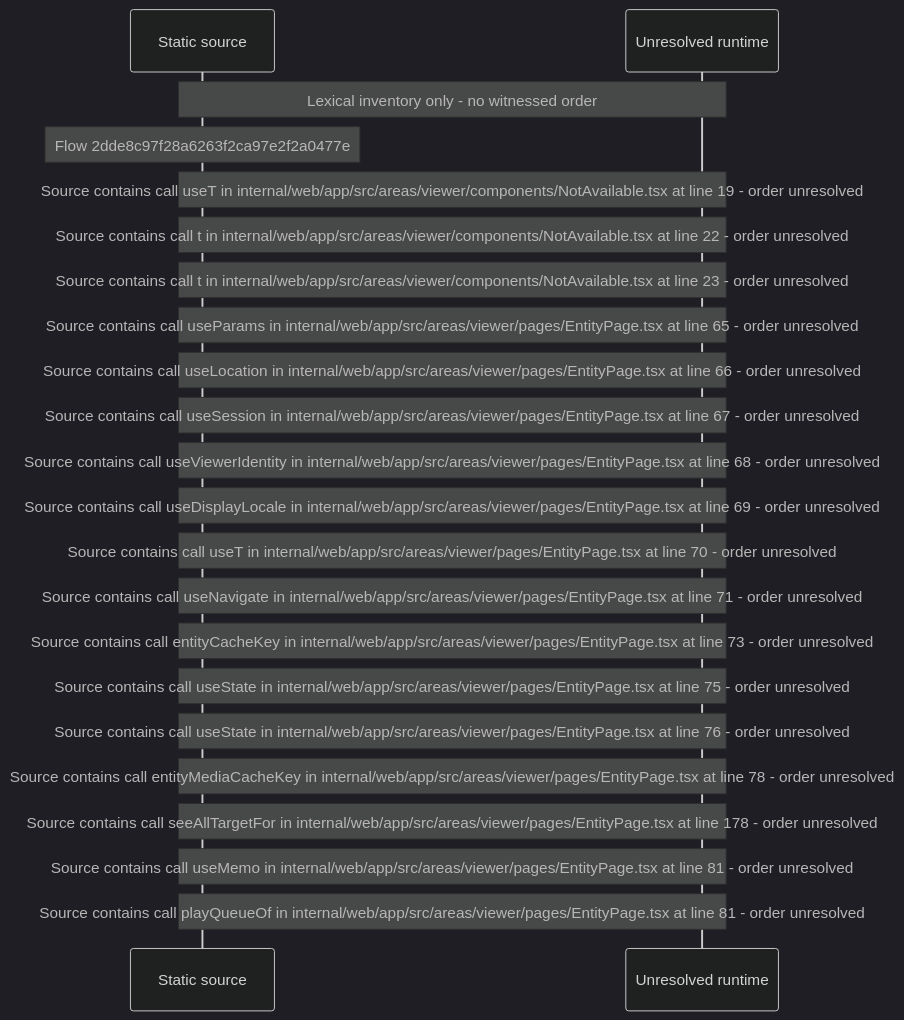
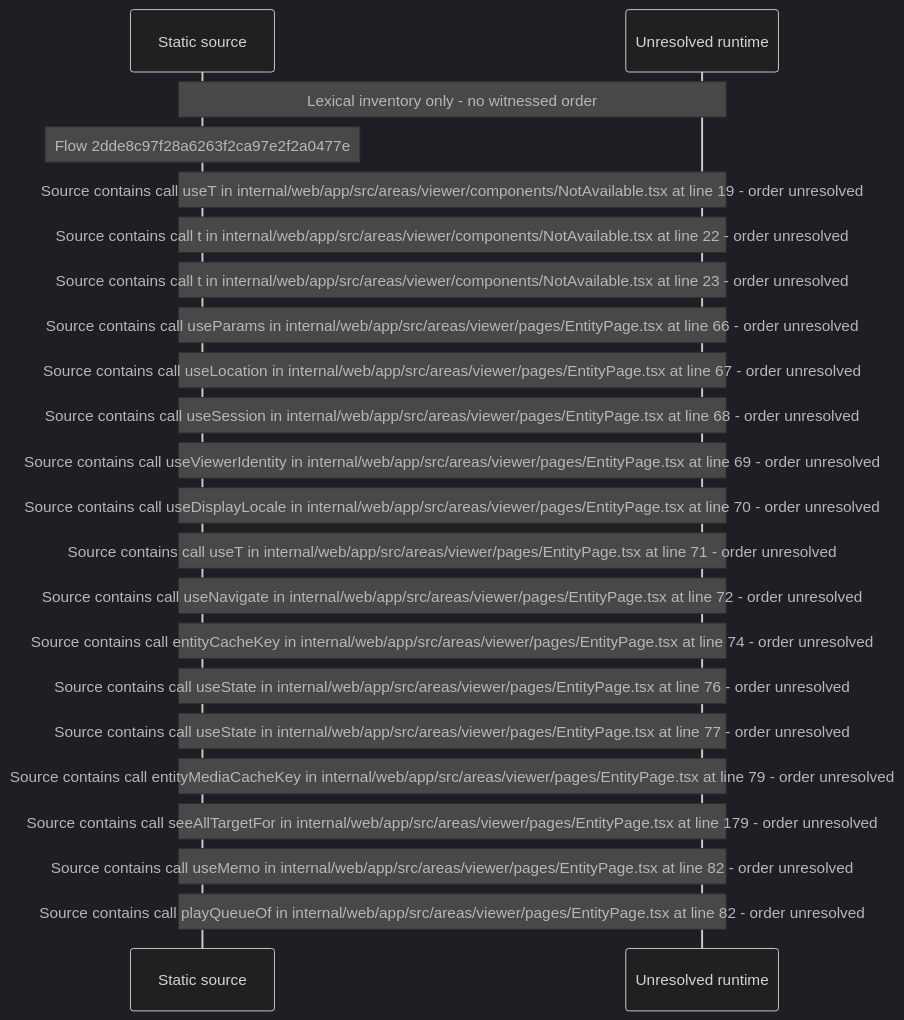
One commit to beamfall/core changed the diagram in docs/web/flows/generated/2dde8c97f28a6263f2ca97e2f2a0477e/flow-diagram.md. Above: the diagram before and after it, drawn with Mermaid (dark theme). The commit also changed other lines of this file and 714 other files, not shown here.

Commit message:
Regenerate the web flow record after the second main merge (CORE-1762)

````diff
--- a/docs/web/flows/generated/2dde8c97f28a6263f2ca97e2f2a0477e/flow-diagram.md
+++ b/docs/web/flows/generated/2dde8c97f28a6263f2ca97e2f2a0477e/flow-diagram.md
@@ -10,24 +10,24 @@
 ```mermaid
 sequenceDiagram
     participant S as Static source
     participant U as Unresolved runtime
     Note over S,U: Lexical inventory only - no witnessed order
     Note over S: Flow 2dde8c97f28a6263f2ca97e2f2a0477e
     Note over S,U: Source contains call useT in internal/web/app/src/areas/viewer/components/NotAvailable.tsx at line 19 - order unresolved
     Note over S,U: Source contains call t in internal/web/app/src/areas/viewer/components/NotAvailable.tsx at line 22 - order unresolved
     Note over S,U: Source contains call t in internal/web/app/src/areas/viewer/components/NotAvailable.tsx at line 23 - order unresolved
-    Note over S,U: Source contains call useParams in internal/web/app/src/areas/viewer/pages/EntityPage.tsx at line 65 - order unresolved
-    Note over S,U: Source contains call useLocation in internal/web/app/src/areas/viewer/pages/EntityPage.tsx at line 66 - order unresolved
-    Note over S,U: Source contains call useSession in internal/web/app/src/areas/viewer/pages/EntityPage.tsx at line 67 - order unresolved
-    Note over S,U: Source contains call useViewerIdentity in internal/web/app/src/areas/viewer/pages/EntityPage.tsx at line 68 - order unresolved
-    Note over S,U: Source contains call useDisplayLocale in internal/web/app/src/areas/viewer/pages/EntityPage.tsx at line 69 - order unresolved
-    Note over S,U: Source contains call useT in internal/web/app/src/areas/viewer/pages/EntityPage.tsx at line 70 - order unresolved
-    Note over S,U: Source contains call useNavigate in internal/web/app/src/areas/viewer/pages/EntityPage.tsx at line 71 - order unresolved
-    Note over S,U: Source contains call entityCacheKey in internal/web/app/src/areas/viewer/pages/EntityPage.tsx at line 73 - order unresolved
-    Note over S,U: Source contains call useState in internal/web/app/src/areas/viewer/pages/EntityPage.tsx at line 75 - order unresolved
+    Note over S,U: Source contains call useParams in internal/web/app/src/areas/viewer/pages/EntityPage.tsx at line 66 - order unresolved
+    Note over S,U: Source contains call useLocation in internal/web/app/src/areas/viewer/pages/EntityPage.tsx at line 67 - order unresolved
+    Note over S,U: Source contains call useSession in internal/web/app/src/areas/viewer/pages/EntityPage.tsx at line 68 - order unresolved
+    Note over S,U: Source contains call useViewerIdentity in internal/web/app/src/areas/viewer/pages/EntityPage.tsx at line 69 - order unresolved
+    Note over S,U: Source contains call useDisplayLocale in internal/web/app/src/areas/viewer/pages/EntityPage.tsx at line 70 - order unresolved
+    Note over S,U: Source contains call useT in internal/web/app/src/areas/viewer/pages/EntityPage.tsx at line 71 - order unresolved
+    Note over S,U: Source contains call useNavigate in internal/web/app/src/areas/viewer/pages/EntityPage.tsx at line 72 - order unresolved
+    Note over S,U: Source contains call entityCacheKey in internal/web/app/src/areas/viewer/pages/EntityPage.tsx at line 74 - order unresolved
     Note over S,U: Source contains call useState in internal/web/app/src/areas/viewer/pages/EntityPage.tsx at line 76 - order unresolved
-    Note over S,U: Source contains call entityMediaCacheKey in internal/web/app/src/areas/viewer/pages/EntityPage.tsx at line 78 - order unresolved
-    Note over S,U: Source contains call seeAllTargetFor in internal/web/app/src/areas/viewer/pages/EntityPage.tsx at line 178 - order unresolved
-    Note over S,U: Source contains call useMemo in internal/web/app/src/areas/viewer/pages/EntityPage.tsx at line 81 - order unresolved
-    Note over S,U: Source contains call playQueueOf in internal/web/app/src/areas/viewer/pages/EntityPage.tsx at line 81 - order unresolved
+    Note over S,U: Source contains call useState in internal/web/app/src/areas/viewer/pages/EntityPage.tsx at line 77 - order unresolved
+    Note over S,U: Source contains call entityMediaCacheKey in internal/web/app/src/areas/viewer/pages/EntityPage.tsx at line 79 - order unresolved
+    Note over S,U: Source contains call seeAllTargetFor in internal/web/app/src/areas/viewer/pages/EntityPage.tsx at line 179 - order unresolved
+    Note over S,U: Source contains call useMemo in internal/web/app/src/areas/viewer/pages/EntityPage.tsx at line 82 - order unresolved
+    Note over S,U: Source contains call playQueueOf in internal/web/app/src/areas/viewer/pages/EntityPage.tsx at line 82 - order unresolved
 ```
````
